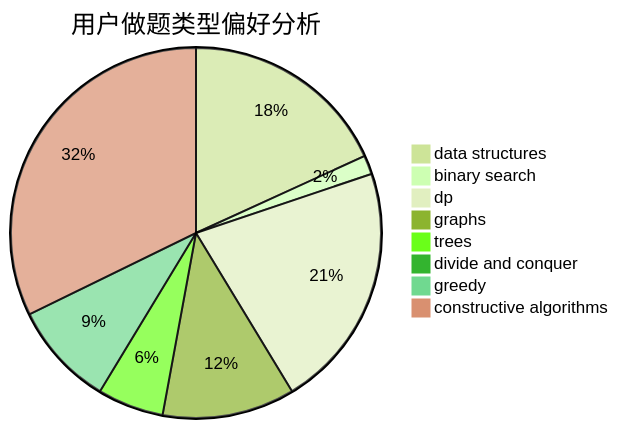
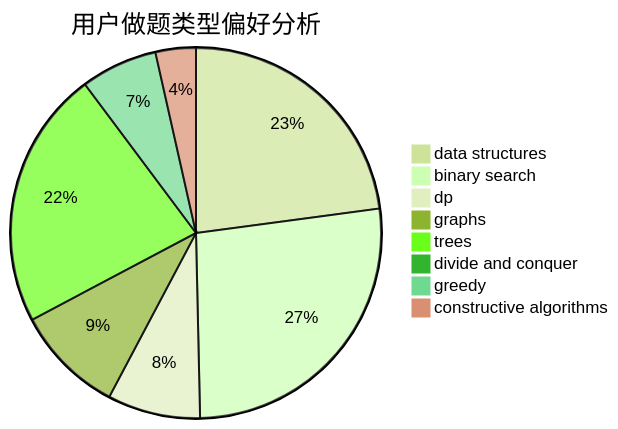
One commit to sherpahu/cfrs.github.io changed the second of 3 diagrams in docs/user/u1959.md. Above: the diagram before and after it, drawn with Mermaid (forest theme). The commit also changed other lines of this file and 2770 other files, not shown here.

````diff
--- a/docs/user/u1959.md
+++ b/docs/user/u1959.md
@@ -23,11 +23,11 @@
 ```mermaid
 pie title 用户做题类型偏好分析
-    "data structures" :  22
-    "binary search" :  2
-    "dp" :  26
-    "graphs" :  14
-    "trees" :  7
-    "divide and conquer" :  0
-    "greedy" :  11
-    "constructive algorithms" :  39
+    "data structures" :  65
+    "binary search" :  76
+    "dp" :  23
+    "graphs" :  27
+    "trees" :  64
+    "divide and conquer" :  1
+    "greedy" :  19
+    "constructive algorithms" :  10
 ```
````
